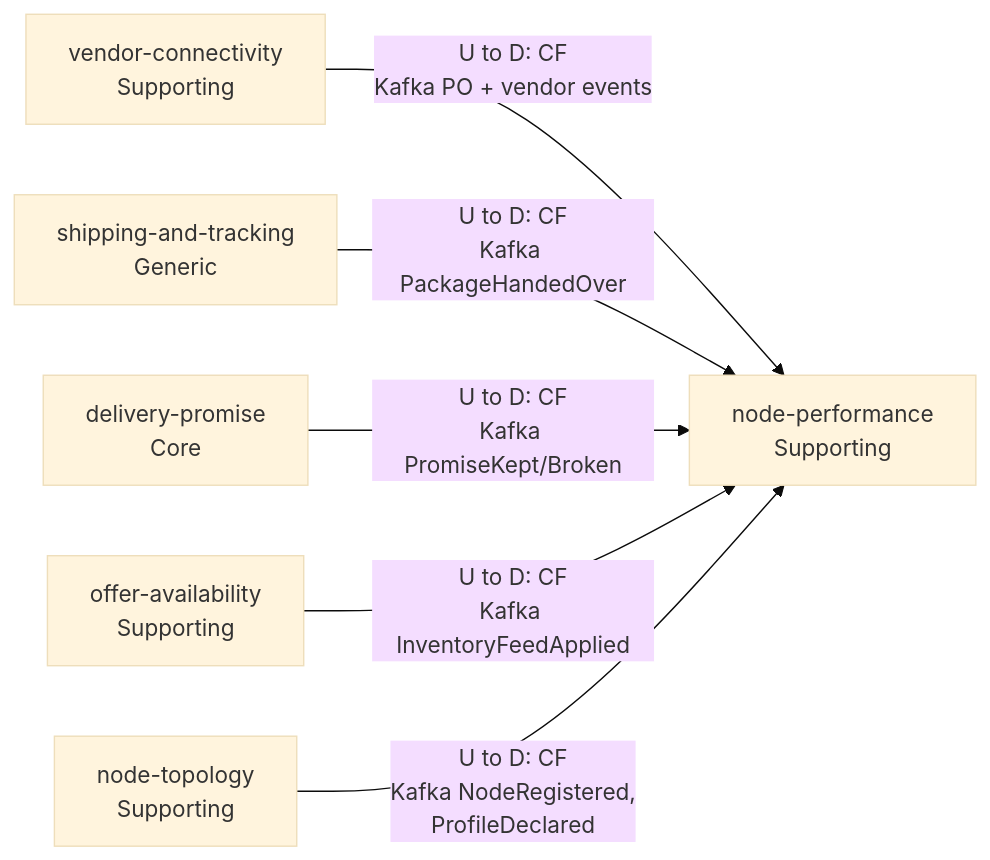
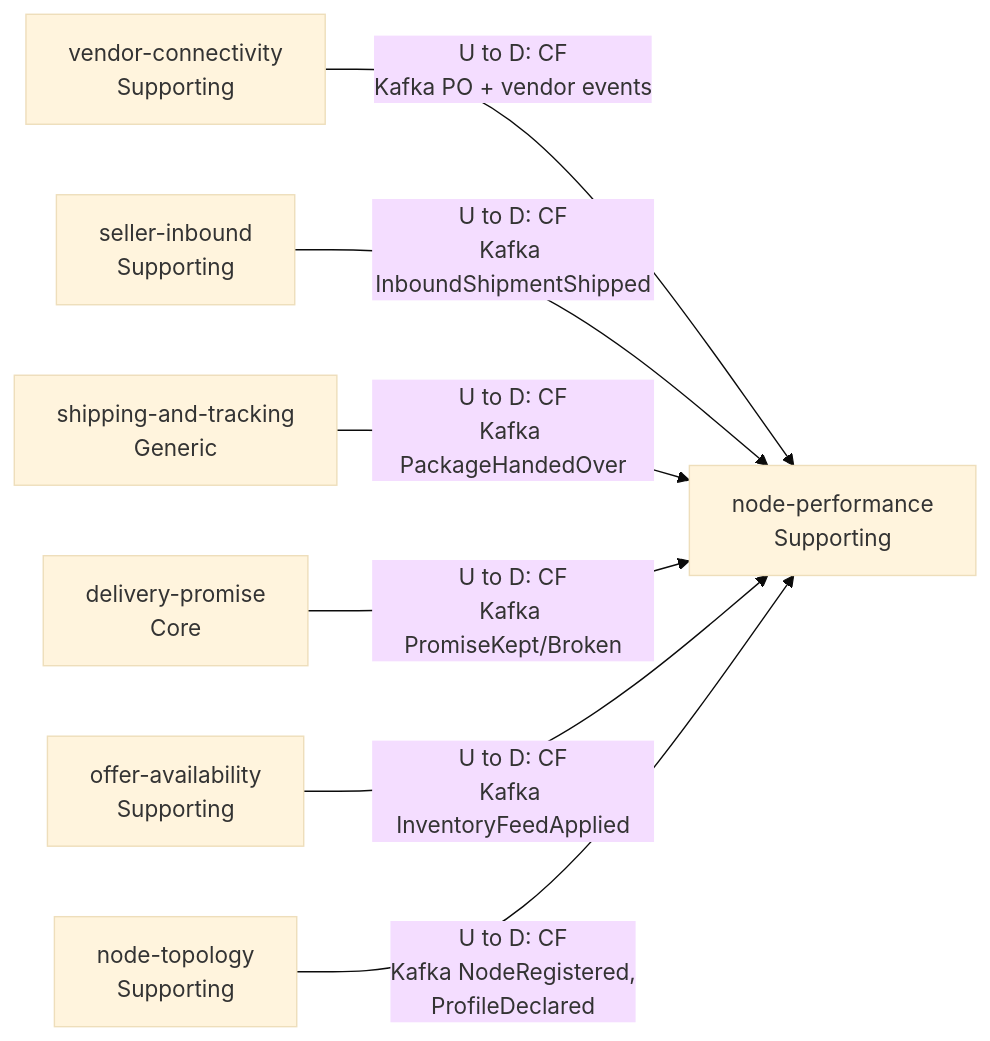
One commit to IQVO/warehouse-docs changed the first of 2 diagrams in network/docs/contexts/node-performance/context-map.md. Above: the diagram before and after it, drawn with Mermaid (base theme). The commit also changed other lines of this file and 23 other files, not shown here.

Commit message:
docs(network): align seller-inbound pages, ADR 0009, gaps and Vendor API schema with contracts section 10

````diff
--- a/network/docs/contexts/node-performance/context-map.md
+++ b/network/docs/contexts/node-performance/context-map.md
@@ -25,14 +25,16 @@
 ```mermaid
 flowchart LR
     VC["vendor-connectivity<br/>Supporting"]
     ST["shipping-and-tracking<br/>Generic"]
     DP["delivery-promise<br/>Core"]
     OA["offer-availability<br/>Supporting"]
     NT["node-topology<br/>Supporting"]
     NP["node-performance<br/>Supporting"]
+    SI["seller-inbound<br/>Supporting"]
     VC -->|"U to D: CF<br/>Kafka PO + vendor events"| NP
+    SI -->|"U to D: CF<br/>Kafka InboundShipmentShipped"| NP
     ST -->|"U to D: CF<br/>Kafka PackageHandedOver"| NP
     DP -->|"U to D: CF<br/>Kafka PromiseKept/Broken"| NP
     OA -->|"U to D: CF<br/>Kafka InventoryFeedApplied"| NP
     NT -->|"U to D: CF<br/>Kafka NodeRegistered,<br/>ProfileDeclared"| NP
 ```
````
